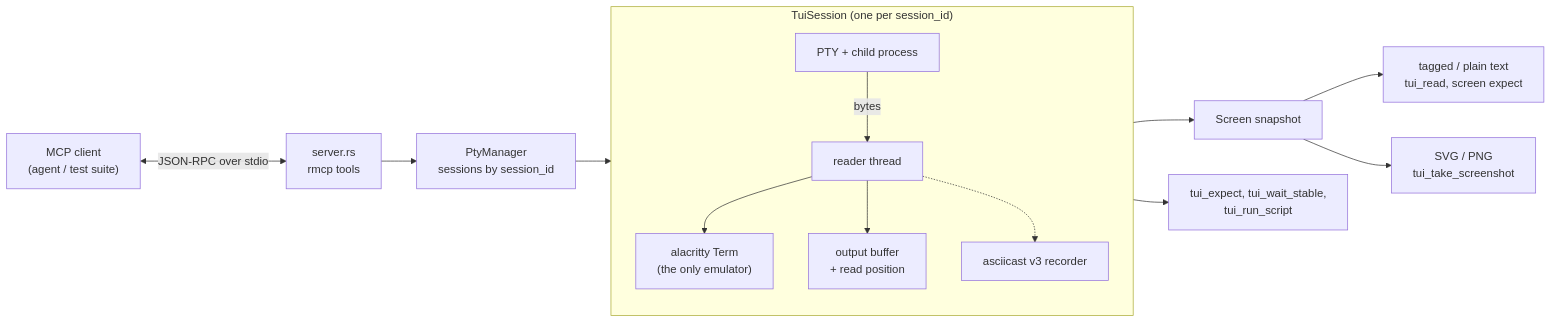
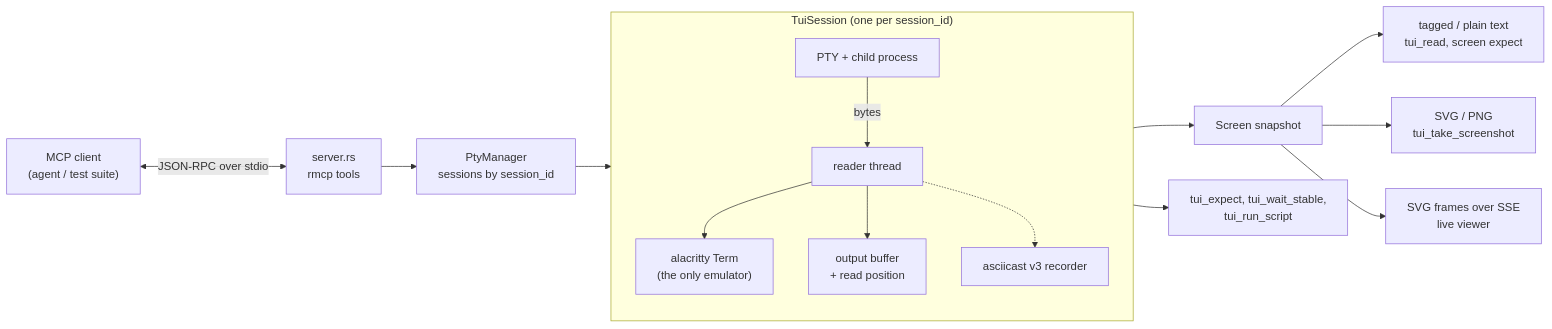
The diagram in docs/reference.md (pplanel/ShadowPTY), drawn with Mermaid before and after one commit. The commit also changed other lines of this file and 15 other files, not shown here.

First line of the commit message:
feat: live web viewer for sessions over SSE

````diff
--- a/docs/reference.md
+++ b/docs/reference.md
@@ -335,19 +385,20 @@
 ```mermaid
 flowchart LR
     Client["MCP client<br/>(agent / test suite)"] <-->|JSON-RPC over stdio| Server["server.rs<br/>rmcp tools"]
     Server --> Manager["PtyManager<br/>sessions by session_id"]
     Manager --> Session["TuiSession"]
 
     subgraph Session["TuiSession (one per session_id)"]
         direction TB
         PTY["PTY + child process"] -->|bytes| Reader["reader thread"]
         Reader --> Term["alacritty Term<br/>(the only emulator)"]
         Reader --> Output["output buffer<br/>+ read position"]
         Reader -.-> Recorder["asciicast v3 recorder"]
     end
 
     Term --> Screen["Screen snapshot"]
     Screen --> Text["tagged / plain text<br/>tui_read, screen expect"]
     Screen --> Shot["SVG / PNG<br/>tui_take_screenshot"]
+    Screen --> Live["SVG frames over SSE<br/>live viewer"]
     Output --> Waits["tui_expect, tui_wait_stable,<br/>tui_run_script"]
 ```
````
